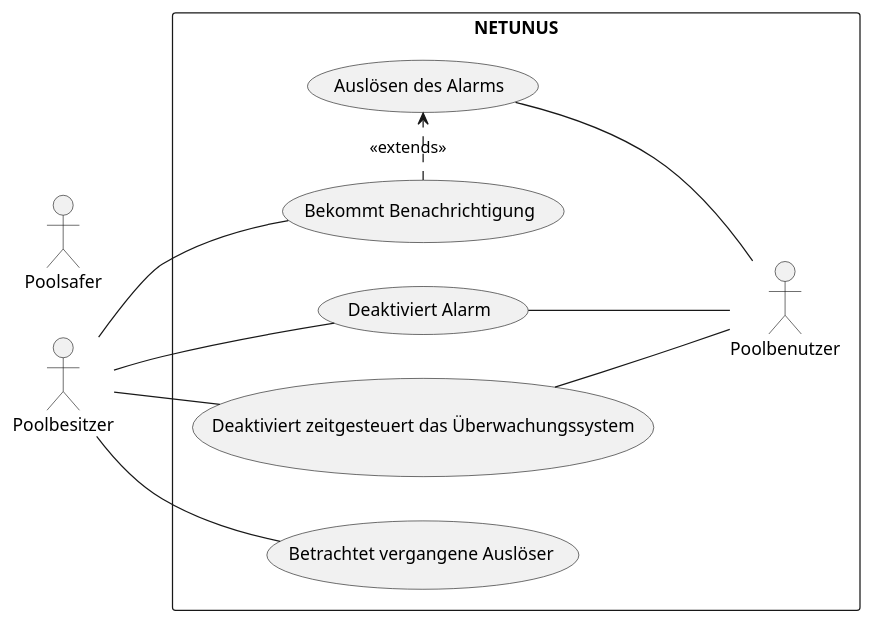
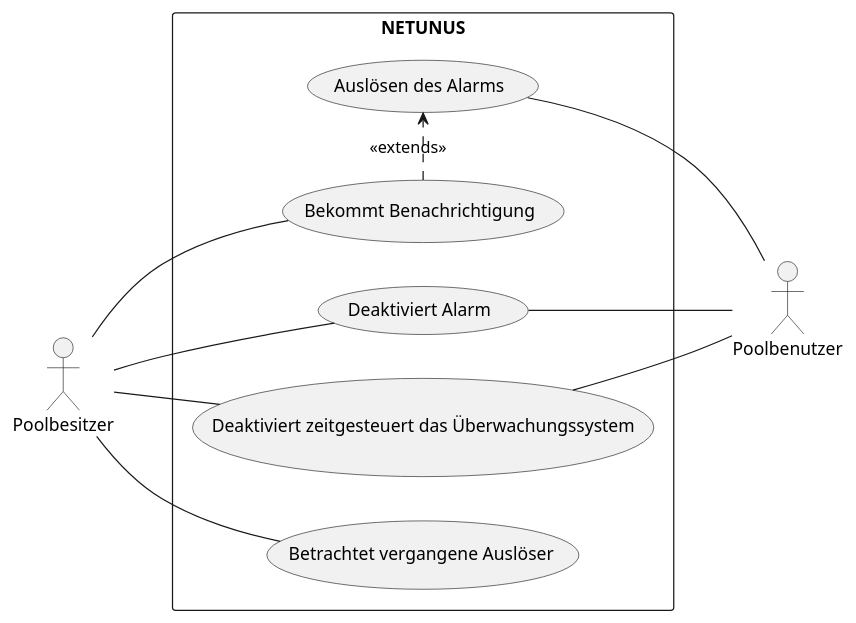
One commit to KonstantinFrank01/safer-pool changed the diagram in Assets/use-case-diagram.iuml. Above: the diagram before and after it, drawn with PlantUML.

Commit message:
Change the designation of an actor

```diff
--- a/Assets/use-case-diagram.iuml
+++ b/Assets/use-case-diagram.iuml
@@ -1,15 +1,15 @@
 @startuml
 left to right direction
 actor Poolbesitzer
-actor Poolsafer
+actor Poolbenutzer
 rectangle NETUNUS{
     Poolbesitzer -- (Bekommt Benachrichtigung)
     Poolbesitzer -- (Deaktiviert Alarm)
     Poolbesitzer -- (Deaktiviert zeitgesteuert das Überwachungssystem)
     Poolbesitzer -- (Betrachtet vergangene Auslöser)
     (Bekommt Benachrichtigung) .> (Auslösen des Alarms) : <<extends>>
     (Deaktiviert Alarm) -- Poolbenutzer
     (Deaktiviert zeitgesteuert das Überwachungssystem) -- Poolbenutzer
     (Auslösen des Alarms) -- Poolbenutzer
 }
 @enduml
```
